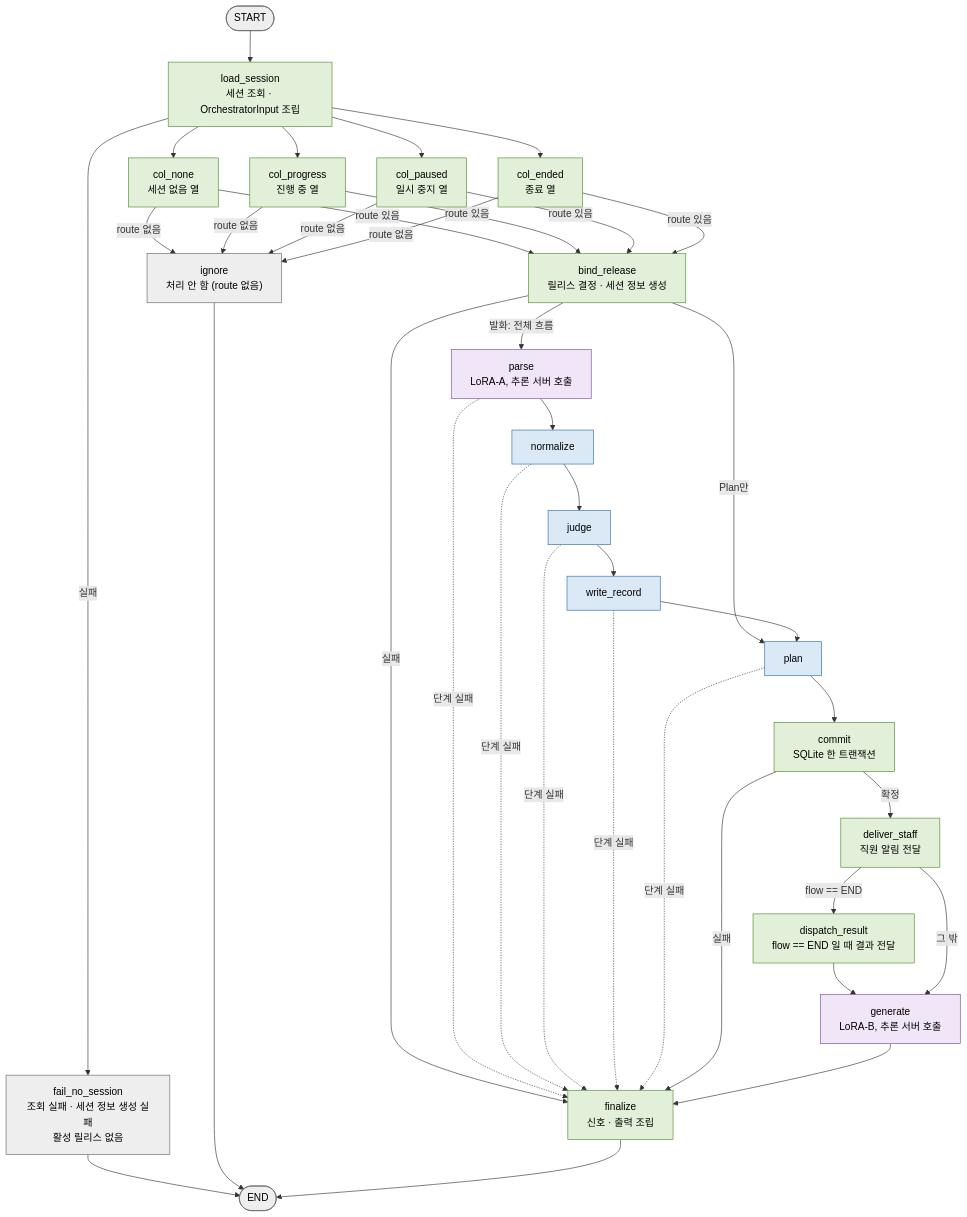
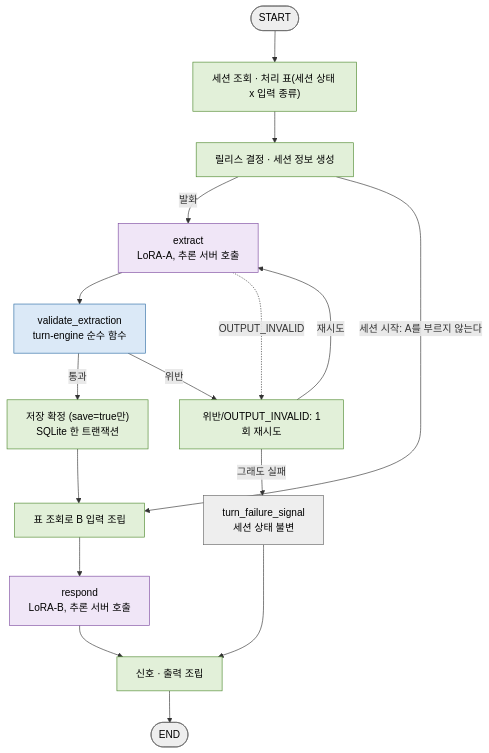
Before and after one commit to Sdabin1209/openit_head: the fifth of 12 diagrams in docs/architecture.md, drawn with Mermaid. The commit also changed other lines of this file and 6 other files, not shown here.

````diff
--- a/docs/architecture.md
+++ b/docs/architecture.md
@@ -289,58 +296,30 @@
 ```mermaid
 flowchart TB
   classDef pure fill:#dbe9f7,stroke:#2e6da4,color:#000
   classDef model fill:#f0e6f7,stroke:#7d4ba0,color:#000
   classDef io fill:#e2f0d9,stroke:#4f8a2f,color:#000
   classDef end_ fill:#eee,stroke:#666,color:#000
 
   START(["START"]):::end_
-  LS["load_session<br/>세션 조회 · OrchestratorInput 조립"]:::io
-  FNS["fail_no_session<br/>조회 실패 · 세션 정보 생성 실패<br/>활성 릴리스 없음"]:::end_
-  CN["col_none<br/>세션 없음 열"]:::io
-  CP["col_progress<br/>진행 중 열"]:::io
-  CPA["col_paused<br/>일시 중지 열"]:::io
-  CE["col_ended<br/>종료 열"]:::io
-  IG["ignore<br/>처리 안 함 (route 없음)"]:::end_
-  BR["bind_release<br/>릴리스 결정 · 세션 정보 생성"]:::io
-  PA["parse<br/>LoRA-A, 추론 서버 호출"]:::model
-  NO["normalize"]:::pure
-  JU["judge"]:::pure
-  WR["write_record"]:::pure
-  PL["plan"]:::pure
-  CM["commit<br/>SQLite 한 트랜잭션"]:::io
-  DS["deliver_staff<br/>직원 알림 전달"]:::io
-  DR["dispatch_result<br/>flow == END 일 때 결과 전달"]:::io
-  GE["generate<br/>LoRA-B, 추론 서버 호출"]:::model
-  FI["finalize<br/>신호 · 출력 조립"]:::io
+  LS["세션 조회 · 처리 표(세션 상태 x 입력 종류)"]:::io
+  BR["릴리스 결정 · 세션 정보 생성"]:::io
+  X["extract<br/>LoRA-A, 추론 서버 호출"]:::model
+  VE["validate_extraction<br/>turn-engine 순수 함수"]:::pure
+  RT["위반/OUTPUT_INVALID: 1회 재시도"]:::io
+  CM["저장 확정 (save=true만)<br/>SQLite 한 트랜잭션"]:::io
+  TB["표 조회로 B 입력 조립"]:::io
+  RS["respond<br/>LoRA-B, 추론 서버 호출"]:::model
+  FI["신호 · 출력 조립"]:::io
+  FAIL["turn_failure_signal<br/>세션 상태 불변"]:::end_
   END_(["END"]):::end_
 
-  START --> LS
-  LS -->|"실패"| FNS --> END_
-  LS --> CN
-  LS --> CP
-  LS --> CPA
-  LS --> CE
-  CN -->|"route 없음"| IG
-  CP -->|"route 없음"| IG
-  CPA -->|"route 없음"| IG
-  CE -->|"route 없음"| IG
-  CN -->|"route 있음"| BR
-  CP -->|"route 있음"| BR
-  CPA -->|"route 있음"| BR
-  CE -->|"route 있음"| BR
-  IG --> END_
-  BR -->|"실패"| FI
-  BR -->|"발화: 전체 흐름"| PA
-  BR -->|"Plan만"| PL
-  PA --> NO --> JU --> WR --> PL --> CM
-  PA -.->|"단계 실패"| FI
-  NO -.->|"단계 실패"| FI
-  JU -.->|"단계 실패"| FI
-  WR -.->|"단계 실패"| FI
-  PL -.->|"단계 실패"| FI
-  CM -->|"실패"| FI
-  CM -->|"확정"| DS
-  DS -->|"flow == END"| DR --> GE
-  DS -->|"그 밖"| GE
-  GE --> FI --> END_
+  START --> LS --> BR
+  BR -->|"발화"| X --> VE
+  BR -->|"세션 시작: A를 부르지 않는다"| TB
+  VE -->|"통과"| CM --> TB
+  VE -->|"위반"| RT
+  X -.->|"OUTPUT_INVALID"| RT
+  RT -->|"재시도"| X
+  RT -->|"그래도 실패"| FAIL --> FI
+  TB --> RS --> FI --> END_
 ```
````
